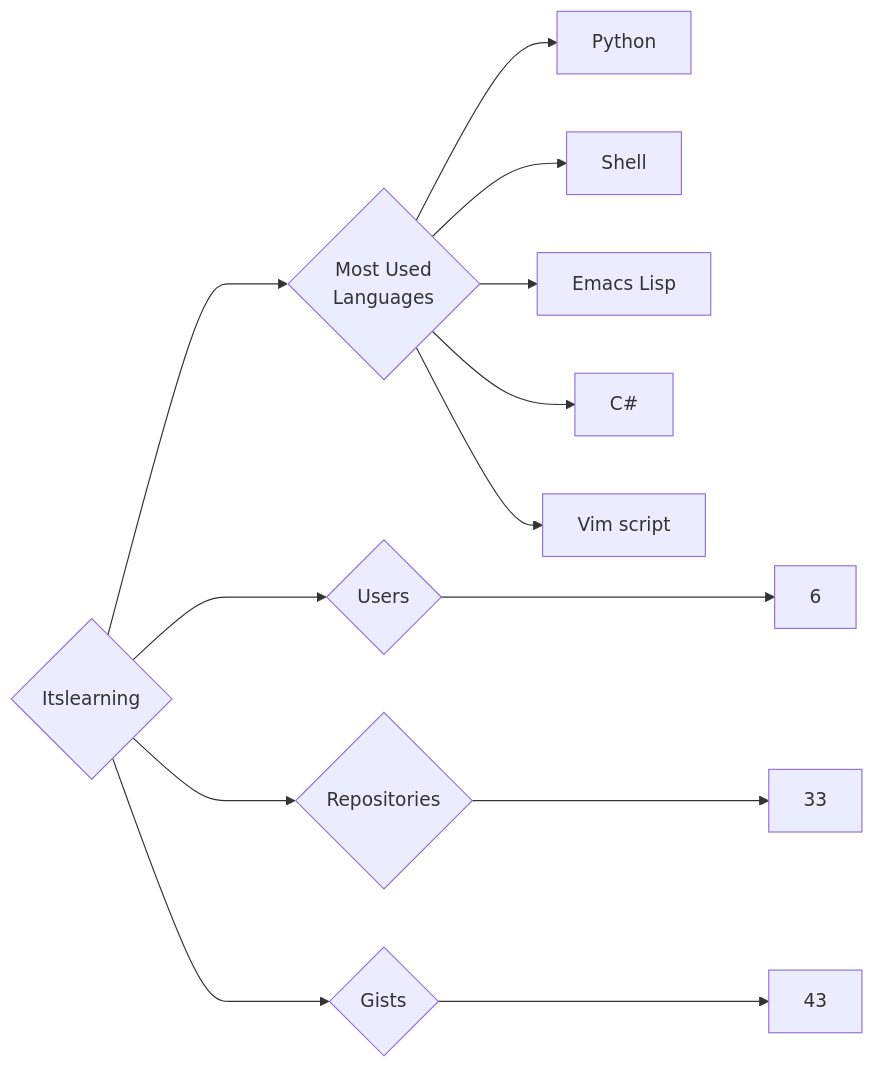
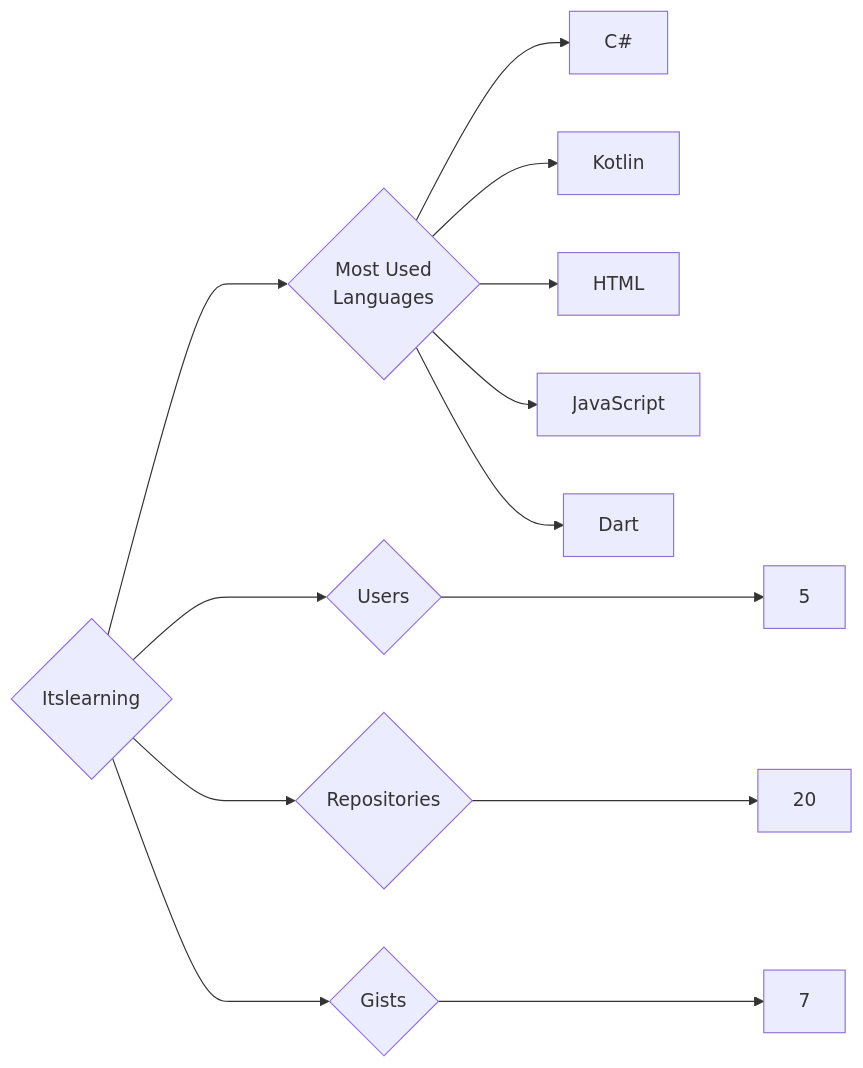
Before and after one commit to trickest/insiders: the diagram in targets/Itslearning/README.md, drawn with Mermaid. The commit also changed 611 other files, not shown here.

````diff
--- a/targets/Itslearning/README.md
+++ b/targets/Itslearning/README.md
@@ -3,13 +3,13 @@
 ```mermaid
 graph LR
 COMPANY_NAME{Itslearning}
-COMPANY_NAME ---> U{Users} ---> UN[6]
-COMPANY_NAME ---> R{Repositories} ---> RN[33]
-COMPANY_NAME ---> G{Gists} ---> GN[43]
+COMPANY_NAME ---> U{Users} ---> UN[5]
+COMPANY_NAME ---> R{Repositories} ---> RN[20]
+COMPANY_NAME ---> G{Gists} ---> GN[7]
 COMPANY_NAME ---> ML{Most Used<br>Languages}
-ML --> Python[Python]
-ML --> Shell[Shell]
-ML --> Emacs_Lisp[Emacs Lisp]
 ML --> C#[C#]
-ML --> Vim_script[Vim script]
+ML --> Kotlin[Kotlin]
+ML --> HTML[HTML]
+ML --> JavaScript[JavaScript]
+ML --> Dart[Dart]
 ```
````
